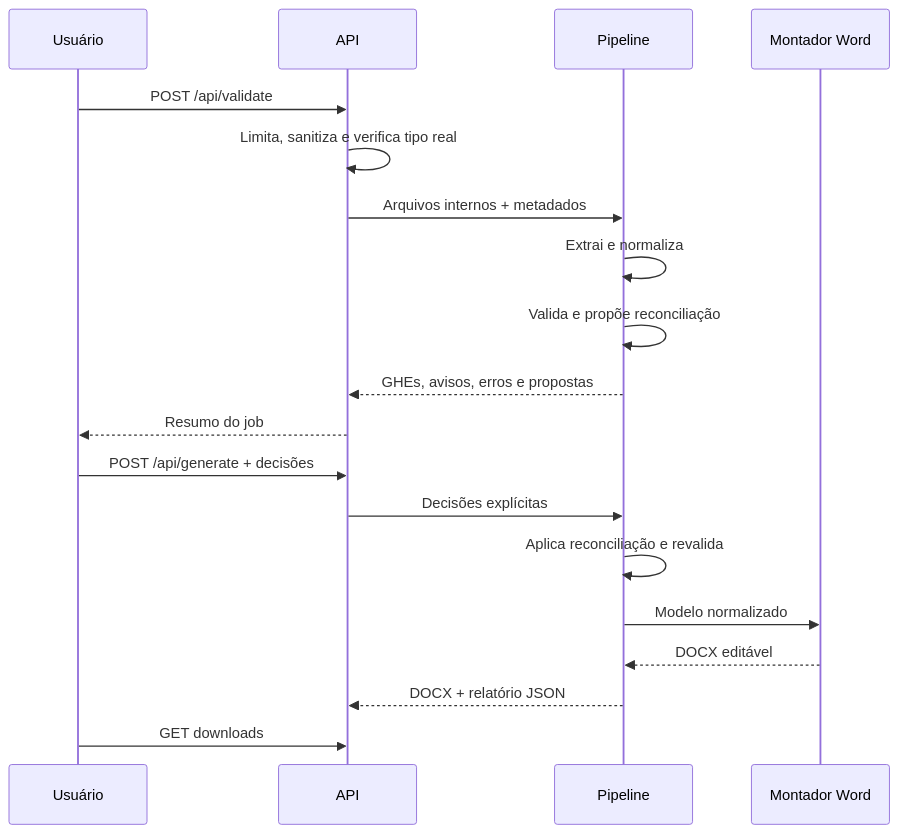
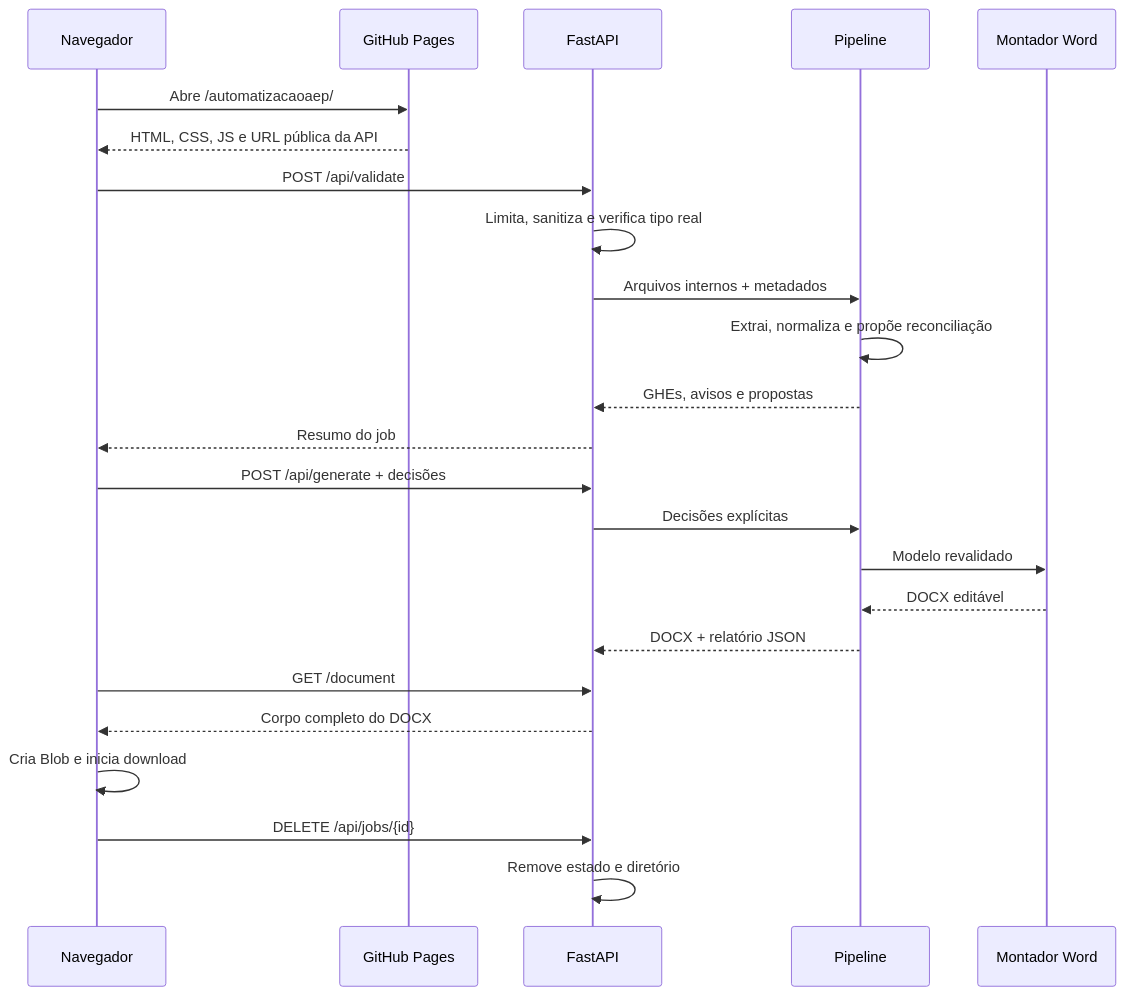
Before and after one commit to kinhoog/automatizacaoaep: the second of 2 diagrams in docs/arquitetura.md, drawn with Mermaid. The commit also changed other lines of this file and 6 other files, not shown here.

````diff
--- a/docs/arquitetura.md
+++ b/docs/arquitetura.md
@@ -82,22 +147,27 @@
 ```mermaid
 sequenceDiagram
-    participant U as Usuário
-    participant A as API
+    participant U as Navegador
+    participant F as GitHub Pages
+    participant A as FastAPI
     participant P as Pipeline
     participant W as Montador Word
 
+    U->>F: Abre /automatizacaoaep/
+    F-->>U: HTML, CSS, JS e URL pública da API
     U->>A: POST /api/validate
     A->>A: Limita, sanitiza e verifica tipo real
     A->>P: Arquivos internos + metadados
-    P->>P: Extrai e normaliza
-    P->>P: Valida e propõe reconciliação
-    P-->>A: GHEs, avisos, erros e propostas
+    P->>P: Extrai, normaliza e propõe reconciliação
+    P-->>A: GHEs, avisos e propostas
     A-->>U: Resumo do job
     U->>A: POST /api/generate + decisões
     A->>P: Decisões explícitas
-    P->>P: Aplica reconciliação e revalida
-    P->>W: Modelo normalizado
+    P->>W: Modelo revalidado
     W-->>P: DOCX editável
     P-->>A: DOCX + relatório JSON
-    U->>A: GET downloads
+    U->>A: GET /document
+    A-->>U: Corpo completo do DOCX
+    U->>U: Cria Blob e inicia download
+    U->>A: DELETE /api/jobs/{id}
+    A->>A: Remove estado e diretório
 ```
````
